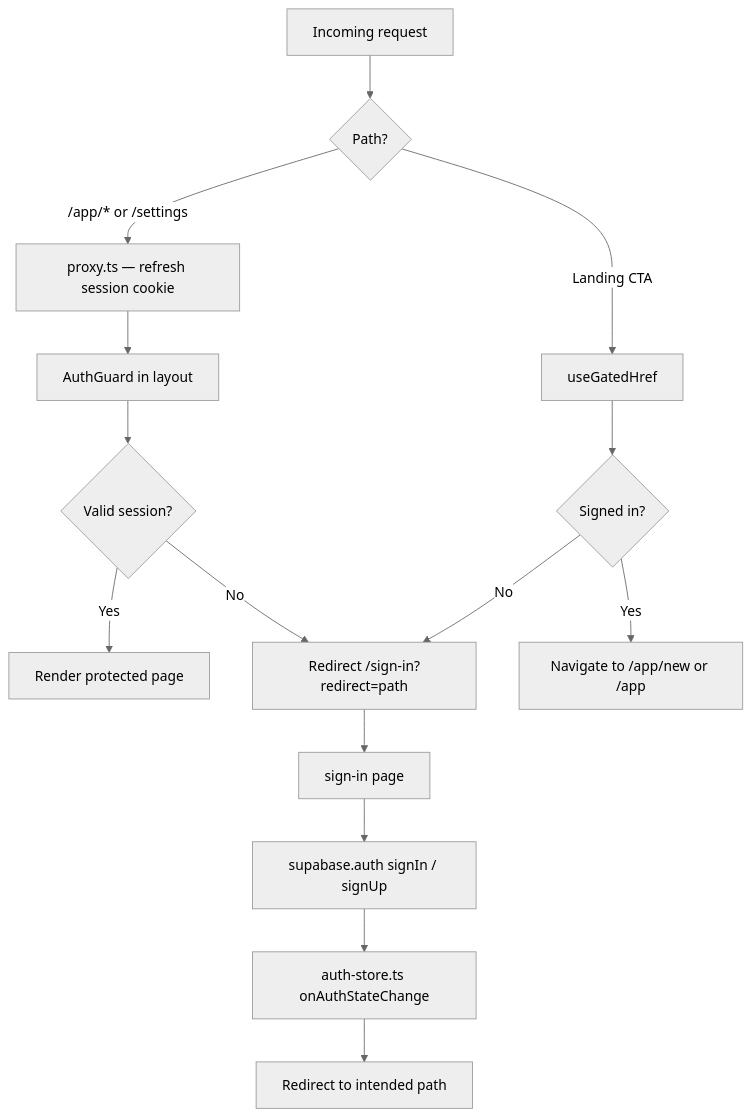
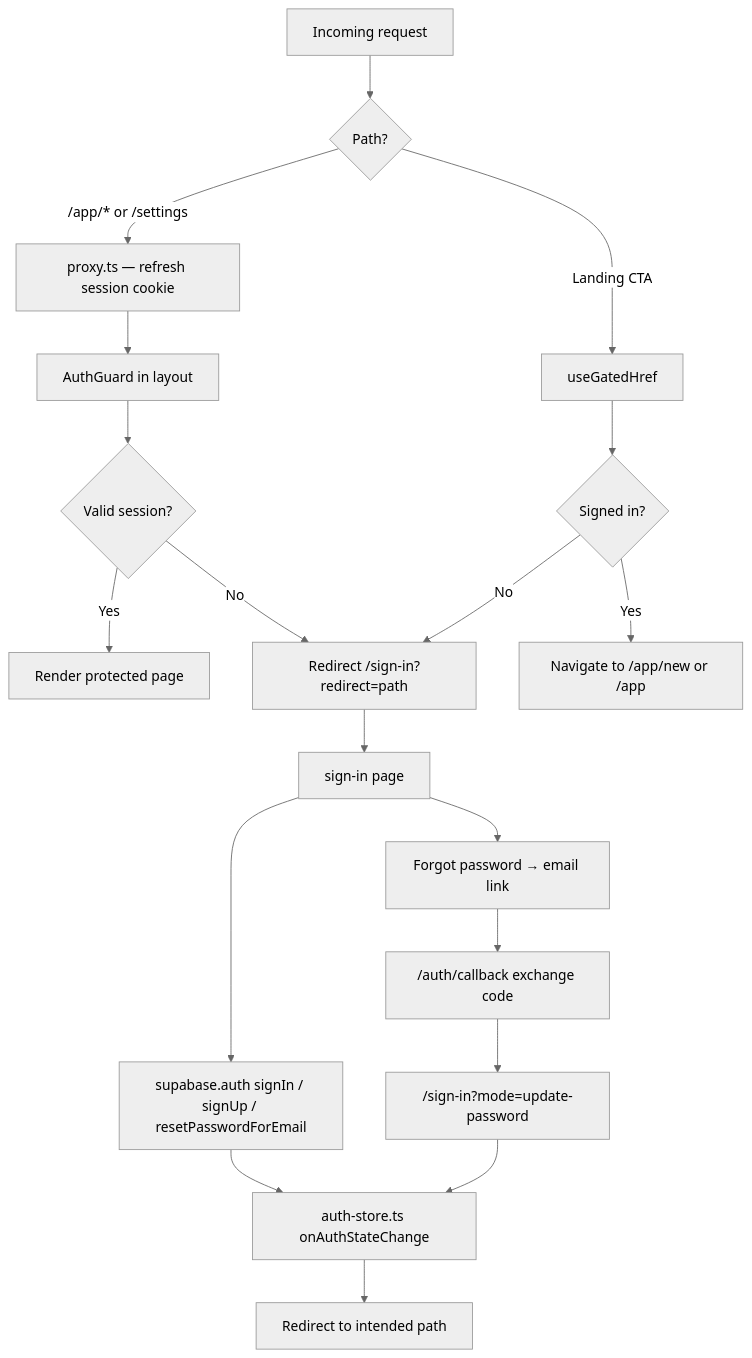
One commit to NehangPatel23/Moodboard-AI changed the first of 6 diagrams in docs/SYSTEMS.md. Above: the diagram before and after it, drawn with Mermaid (neutral theme). The commit also changed other lines of this file and 16 other files, not shown here.

````diff
--- a/docs/SYSTEMS.md
+++ b/docs/SYSTEMS.md
@@ -26,22 +27,26 @@
 ```mermaid
 flowchart TD
   req["Incoming request"] --> path{"Path?"}
 
   path -->|"/app/* or /settings"| proxy["proxy.ts — refresh session cookie"]
   path -->|"Landing CTA"| gated["useGatedHref"]
 
   proxy --> guard["AuthGuard in layout"]
   guard --> session{"Valid session?"}
 
   session -->|Yes| render["Render protected page"]
   session -->|No| redirect["Redirect /sign-in?redirect=path"]
 
   gated --> session2{"Signed in?"}
   session2 -->|No| redirect
   session2 -->|Yes| target["Navigate to /app/new or /app"]
 
   redirect --> signin["sign-in page"]
-  signin --> supaAuth["supabase.auth signIn / signUp"]
+  signin --> supaAuth["supabase.auth signIn / signUp / resetPasswordForEmail"]
+  signin --> forgot["Forgot password → email link"]
+  forgot --> callback["/auth/callback exchange code"]
+  callback --> updatePw["/sign-in?mode=update-password"]
   supaAuth --> authStore["auth-store.ts onAuthStateChange"]
   authStore --> bounce["Redirect to intended path"]
+  updatePw --> authStore
 ```
````
